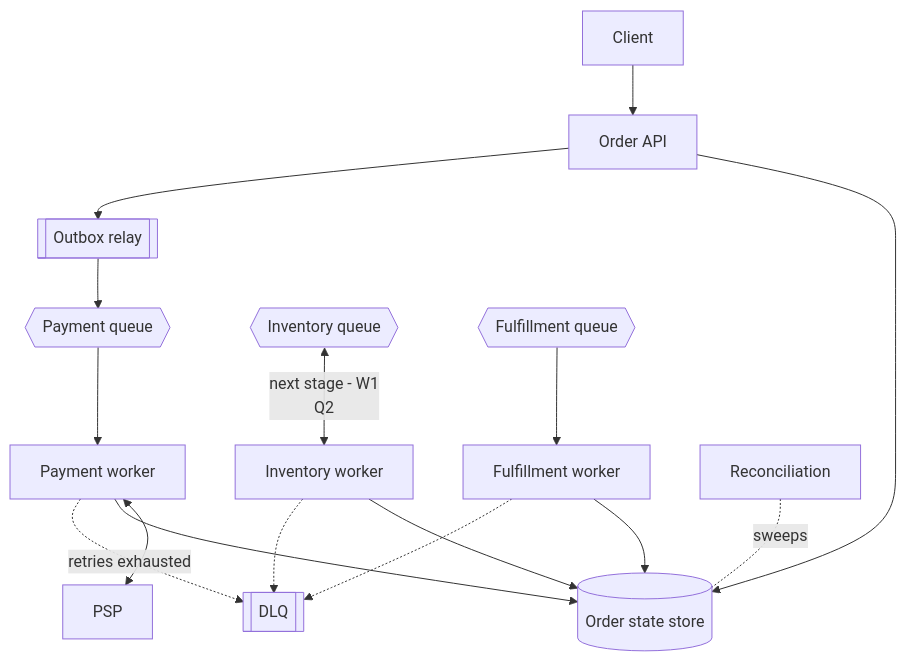
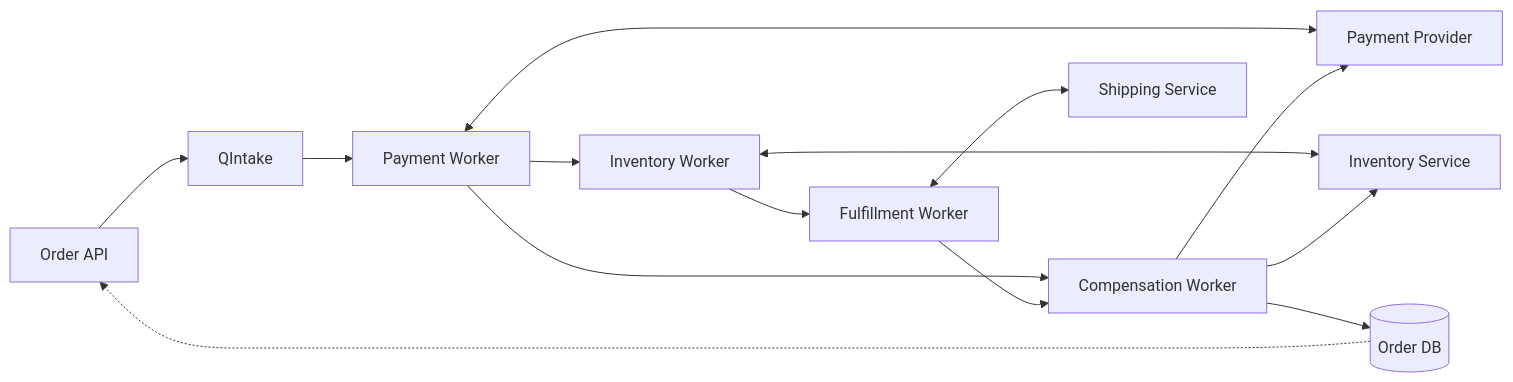
The third of 21 diagrams in docs/system-design/high-level/designing/advanced/fault-tolerant-order-processing-system.md (abhishekghoshh/system-design-helper), drawn with Mermaid before and after one commit. The commit also changed other lines of this file and 107 other files, not shown here.

````diff
--- a/docs/system-design/high-level/designing/advanced/fault-tolerant-order-processing-system.md
+++ b/docs/system-design/high-level/designing/advanced/fault-tolerant-order-processing-system.md
@@ -180,19 +187,16 @@
 ```mermaid
-flowchart TB
-    C[Client] --> API[Order API]
-    API --> DB[(Order state store)]
-    API --> OUT[[Outbox relay]]
-    OUT --> Q1{{Payment queue}}
-    Q1 --> W1[Payment worker]
-    W1 <--> PSP[PSP]
-    W1 --> DB
-    Q2{{Inventory queue}} <-- next stage - W1
-    Q2 --> W2[Inventory worker]
-    W2 --> DB
-    Q3{{Fulfillment queue}} --> W3[Fulfillment worker]
-    W3 --> DB
-    W1 -.retries exhausted.-> DLQ[[DLQ]]
-    W2 -.-> DLQ
-    W3 -.-> DLQ
-    REC[Reconciliation] -.sweeps.- DB
+graph LR
+    OA[Order API] --> Q[QIntake]
+    Q --> W1[Payment Worker]
+    W1 --> W2[Inventory Worker]
+    W1 --> CW[Compensation Worker]
+    W2 --> W3[Fulfillment Worker]
+    W3 --> CW
+    W1 <--> PSP[Payment Provider]
+    W2 <--> INV[Inventory Service]
+    W3 <--> SHP[Shipping Service]
+    CW --> PSP
+    CW --> INV
+    CW --> DB[(Order DB)]
+    DB -.-> OA
 ```
````
